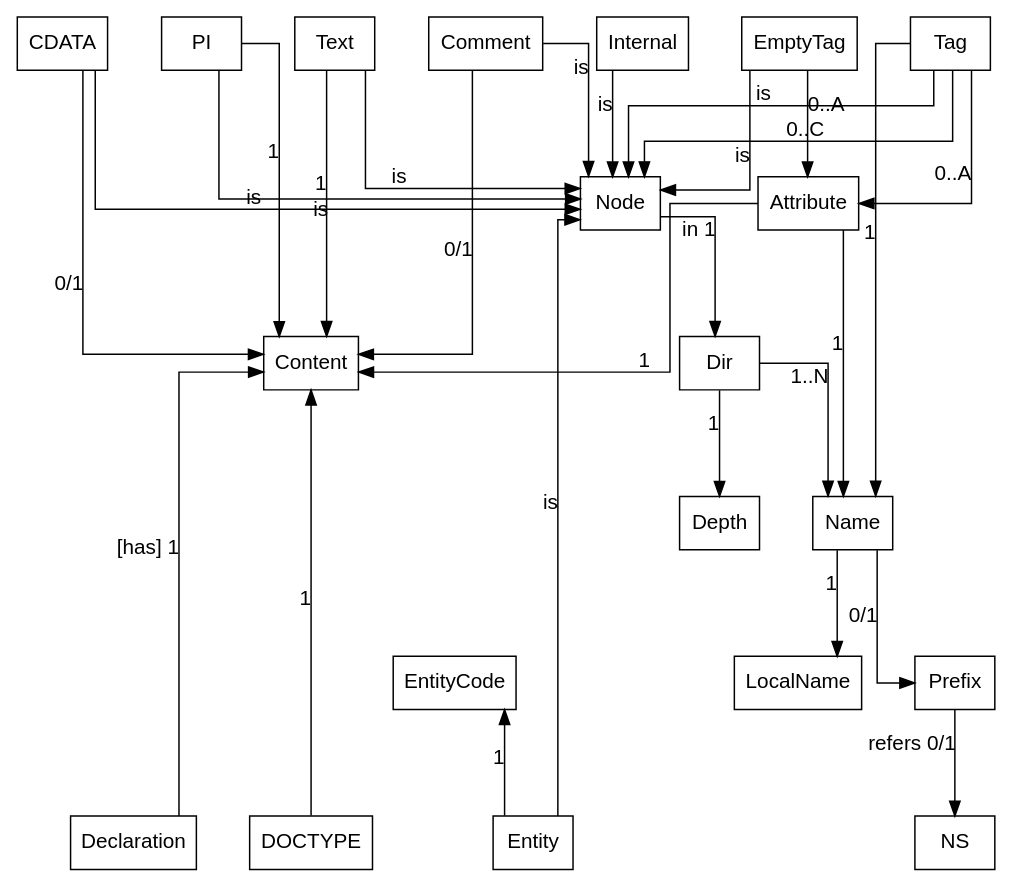
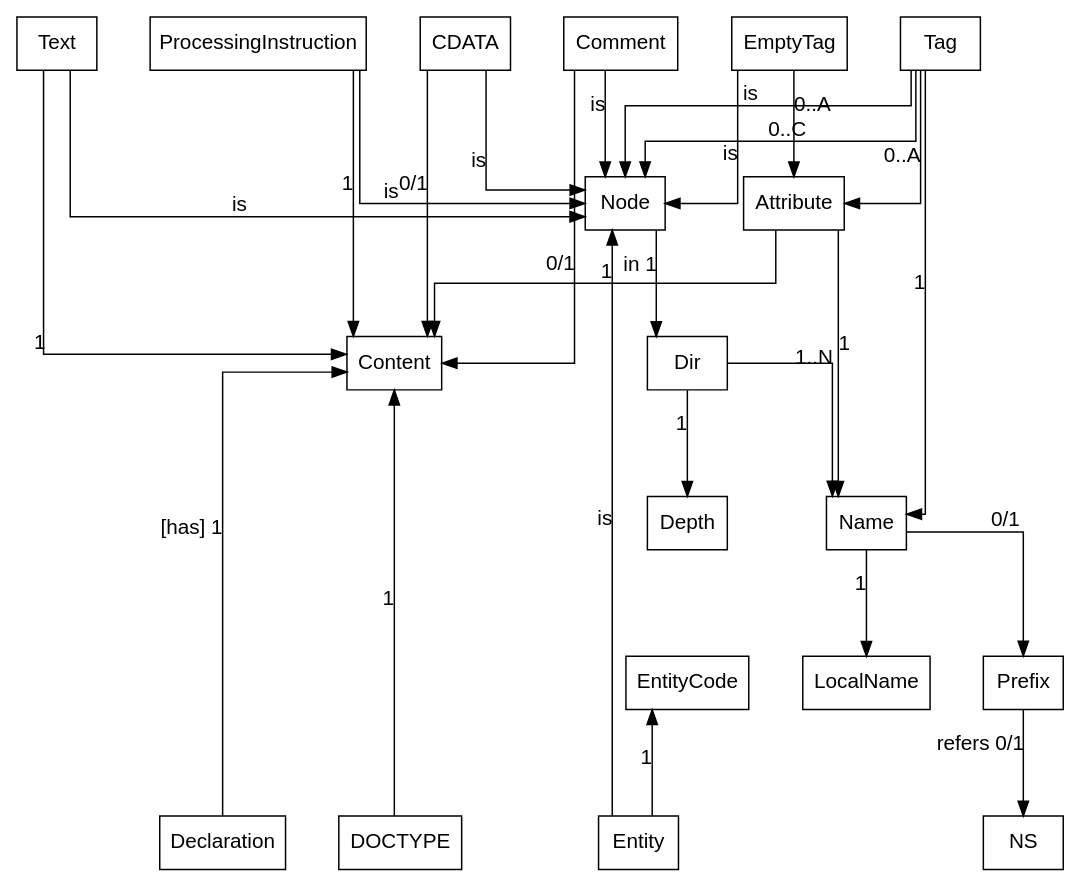
The diagram in model.gv (disco85/xmlalt), drawn with Graphviz before and after one commit. The commit also changed 2 other files, not shown here.

```diff
--- a/model.gv
+++ b/model.gv
@@ -1,50 +1,48 @@
 digraph model_graph {
   graph [splines=ortho, nodesep=0.5, ranksep=1.0, rankdir=TB ]
   fontname="Helvetica,Arial,sans-serif"
   node [fontname="Helvetica,Arial,sans-serif"]
   edge [fontname="Helvetica,Arial,sans-serif"]
   node [shape=box]
 
   Name -> LocalName [xlabel = "1"]
   Name -> Prefix [xlabel = "0/1"]
   Prefix -> NS [xlabel = "refers 0/1"]
 
   Dir -> Name [xlabel = "1..N"]
   Dir -> Depth [xlabel = 1]
 
   Attribute -> Name [xlabel = 1]
   Attribute -> Content [xlabel = 1]
 
   "Node" -> Dir [xlabel = "in 1"]
 
   CDATA -> "Node" [xlabel = is]
   Comment -> "Node" [xlabel = is]
   Text -> "Node" [xlabel = is]
-  PI -> "Node" [xlabel = is]
+  ProcessingInstruction -> "Node" [xlabel = is]
 
-  { rank=same; Text; PI; }
+  { rank=same; Text; ProcessingInstruction; }
   { rank=max; Declaration; DOCTYPE; Entity; }
 
   CDATA -> Content [xlabel = "0/1"]
   Comment -> Content [xlabel = "0/1"]
   Text -> Content [xlabel = 1]
-  PI -> Content [xlabel = 1]
+  ProcessingInstruction -> Content [xlabel = 1]
 
   Declaration -> Content [xlabel = "[has] 1"]
   DOCTYPE -> Content [xlabel = 1]
-
-  Internal -> "Node" [xlabel = is]
 
   //{ rank=min; Entity; EntityCode; }
 
   Entity -> EntityCode [xlabel = "1"]
   Entity -> "Node" [xlabel = is]
 
   Tag -> "Node" [xlabel = is]
   Tag -> Attribute [xlabel = "0..A"]
+  Tag -> "Node" [xlabel = "0..C"]
   Tag -> Name [xlabel = 1]
-  Tag -> "Node" [xlabel = "0..C"]
 
   EmptyTag -> "Node" [xlabel = is]
   EmptyTag -> Attribute [xlabel = "0..A"]
 }
```
